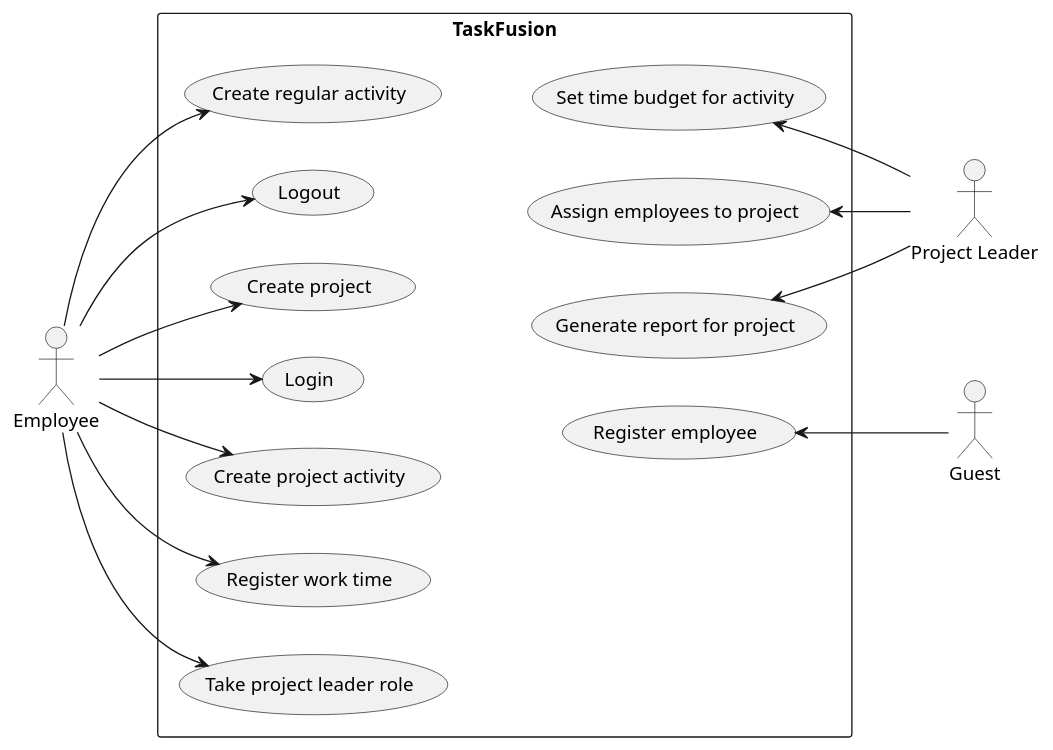
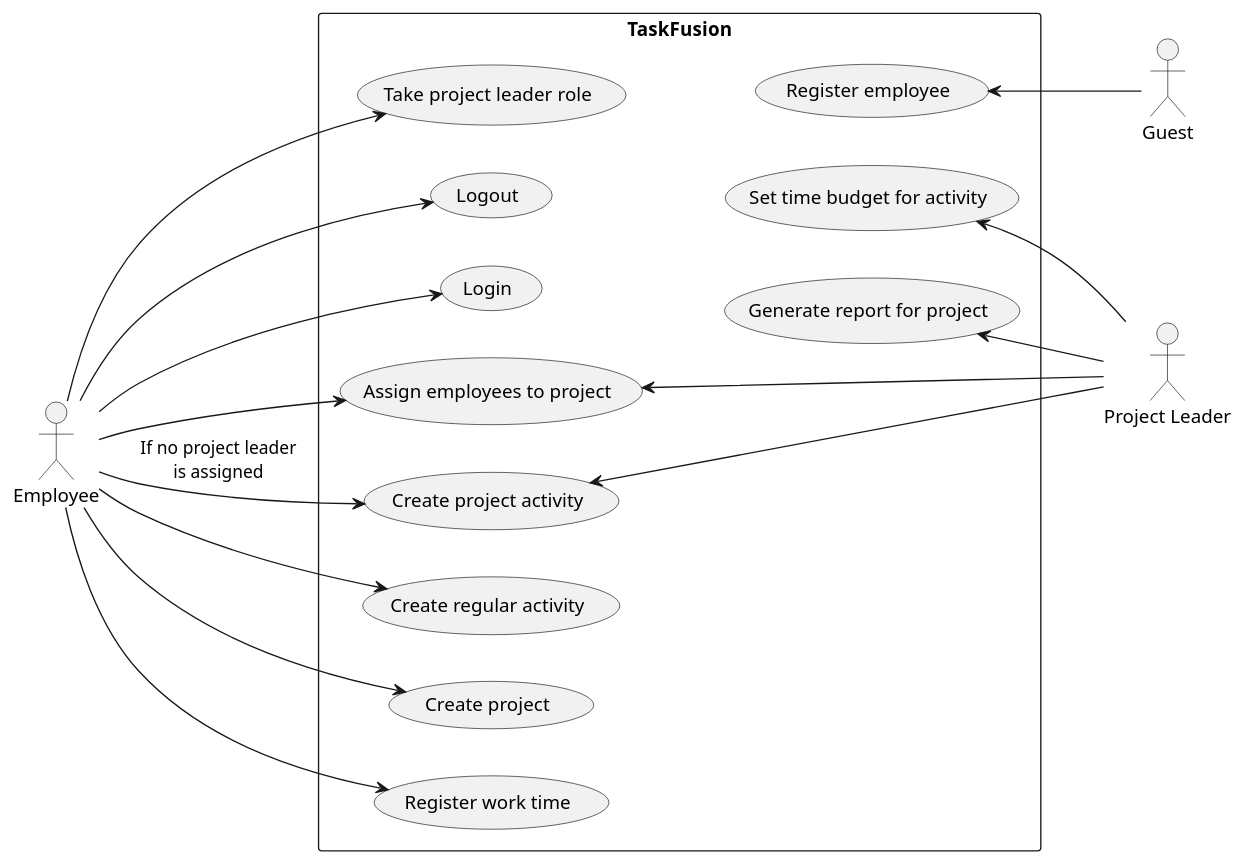
Before and after one commit to rwiuff/02161ExamProject: the diagram in RequirementsAndDesign/Diagrams/Usecases.puml, drawn with PlantUML. The commit also changed 4 other files, not shown here.

```diff
--- a/RequirementsAndDesign/Diagrams/Usecases.puml
+++ b/RequirementsAndDesign/Diagrams/Usecases.puml
@@ -1,37 +1,48 @@
 @startuml usecases
 left to right direction
 actor Guest as guest
 actor Employee as emp
 actor "Project Leader" as pl
 
 rectangle TaskFusion{
 usecase "Set time budget for activity" as timebudget
 usecase "Generate report for project" as generatereport
 usecase "Login" as login
 usecase "Logout" as logout
 usecase "Register employee" as registeremp
 usecase "Create project" as createproj
 usecase "Create regular activity" as createregact
 usecase "Create project activity" as createrprojact
 usecase "Register work time" as regwt
 usecase "Take project leader role" as plrole
 usecase "Assign employees to project" as assignemplpro
 }
 
-login -[hidden]d- registeremp
-logout -[hidden]d- assignemplpro
-createproj -[hidden]d- generatereport
-createregact -[hidden]d- timebudget
+createrprojact -[hidden]l- assignemplpro
+createrprojact -[hidden]l- login
+login -[hidden]l- logout
+logout -[hidden]l- plrole
+plrole -[hidden]l- createregact
+createregact -[hidden]l- createproj
+createproj -[hidden]l- regwt
+login -[hidden]d- generatereport
+logout -[hidden]d- timebudget
+plrole -[hidden]d- registeremp
+assignemplpro -[hidden]r- generatereport
+generatereport -[hidden]l- timebudget
 
-guest -up-> registeremp
 emp --> login
 emp --> logout
 emp --> createproj
 emp --> createregact
-emp --> createrprojact
+emp --> createrprojact: If no project leader\nis assigned
+emp --> assignemplpro
 emp --> regwt
 emp --> plrole
 pl -up-> timebudget
 pl -up-> generatereport
 pl -up-> assignemplpro
+pl -up-> createrprojact
+guest -up-> registeremp
+
 @enduml
```
